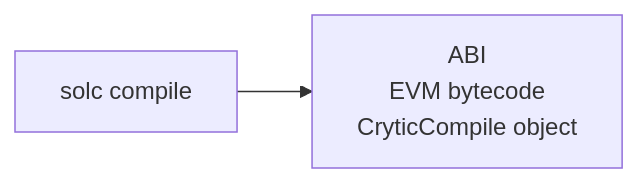
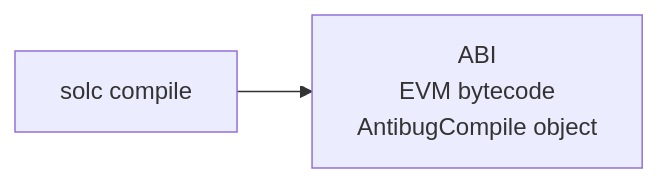
The second of 2 diagrams in TODO.md (siksum/SafeDevAnalyzer), drawn with Mermaid before and after one commit. The commit also changed other lines of this file and 74 other files, not shown here.

````diff
--- a/TODO.md
+++ b/TODO.md
@@ -133,9 +133,9 @@
   ```mermaid
     %%{init: {"flowchart": {"htmlLabels": false}} }%%
     flowchart LR
         markdown["`solc compile`"]
         newLines["`ABI
         EVM bytecode
-        CryticCompile object`"]
+        AntibugCompile object`"]
         markdown --> newLines
   ```
````
